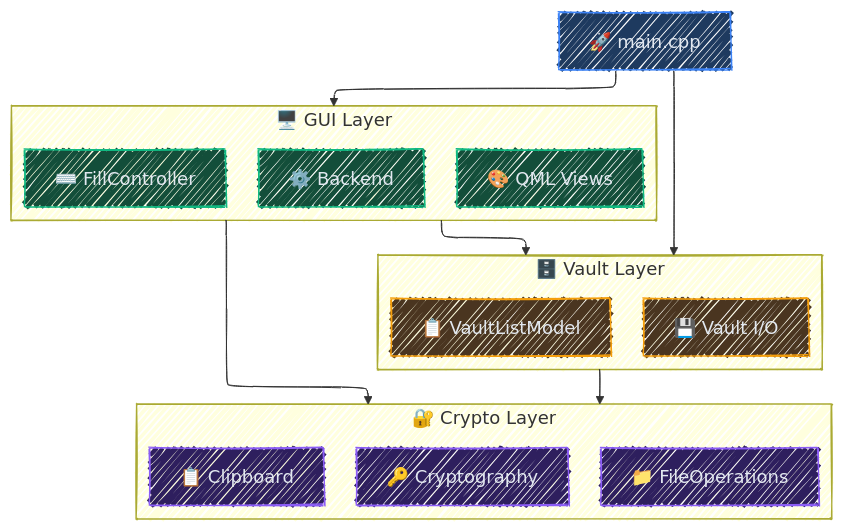
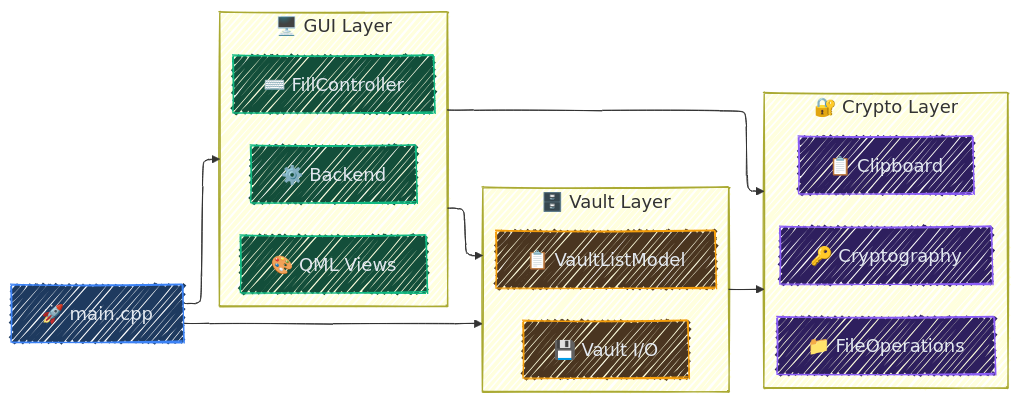
Before and after one commit to lextpf/seal: the third of 3 diagrams in README.md, drawn with Mermaid. The commit also changed other lines of this file, not shown here.

````diff
--- a/README.md
+++ b/README.md
@@ -218,40 +330,40 @@
 ```mermaid
 ---
 config:
   look: handDrawn
   theme: mc
   themeVariables:
     fontSize: 18px
   layout: elk
 ---
-graph TB
+graph LR
     classDef core fill:#1e3a5f,stroke:#3b82f6,color:#e2e8f0
     classDef gui fill:#134e3a,stroke:#10b981,color:#e2e8f0
     classDef vault fill:#4a3520,stroke:#f59e0b,color:#e2e8f0
     classDef crypto fill:#2e1f5e,stroke:#8b5cf6,color:#e2e8f0
 
     Main["🚀 main.cpp"]:::core
 
     subgraph GUI["🖥️ GUI Layer"]
         Backend["⚙️ Backend"]:::gui
         QML["🎨 QML Views"]:::gui
         Fill["⌨️ FillController"]:::gui
     end
 
     subgraph Vault["🗄️ Vault Layer"]
         VaultModel["📋 VaultListModel"]:::vault
         VaultIO["💾 Vault I/O"]:::vault
     end
 
     subgraph Crypto["🔐 Crypto Layer"]
         Cryptography["🔑 Cryptography"]:::crypto
         FileOps["📁 FileOperations"]:::crypto
         Clipboard["📋 Clipboard"]:::crypto
     end
 
     Main --> GUI
     Main --> Vault
     GUI --> Vault
     Vault --> Crypto
     GUI --> Crypto
 ```
````
